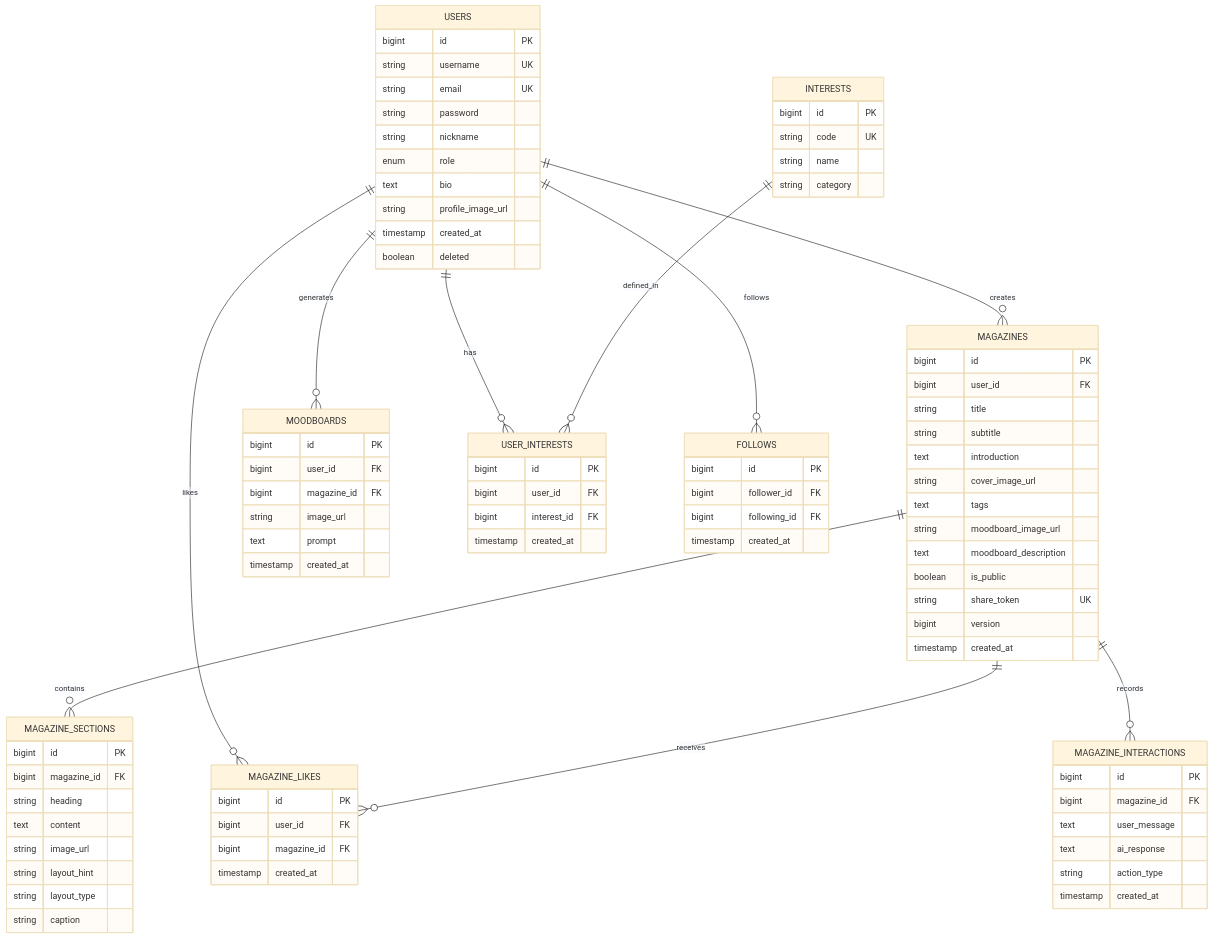
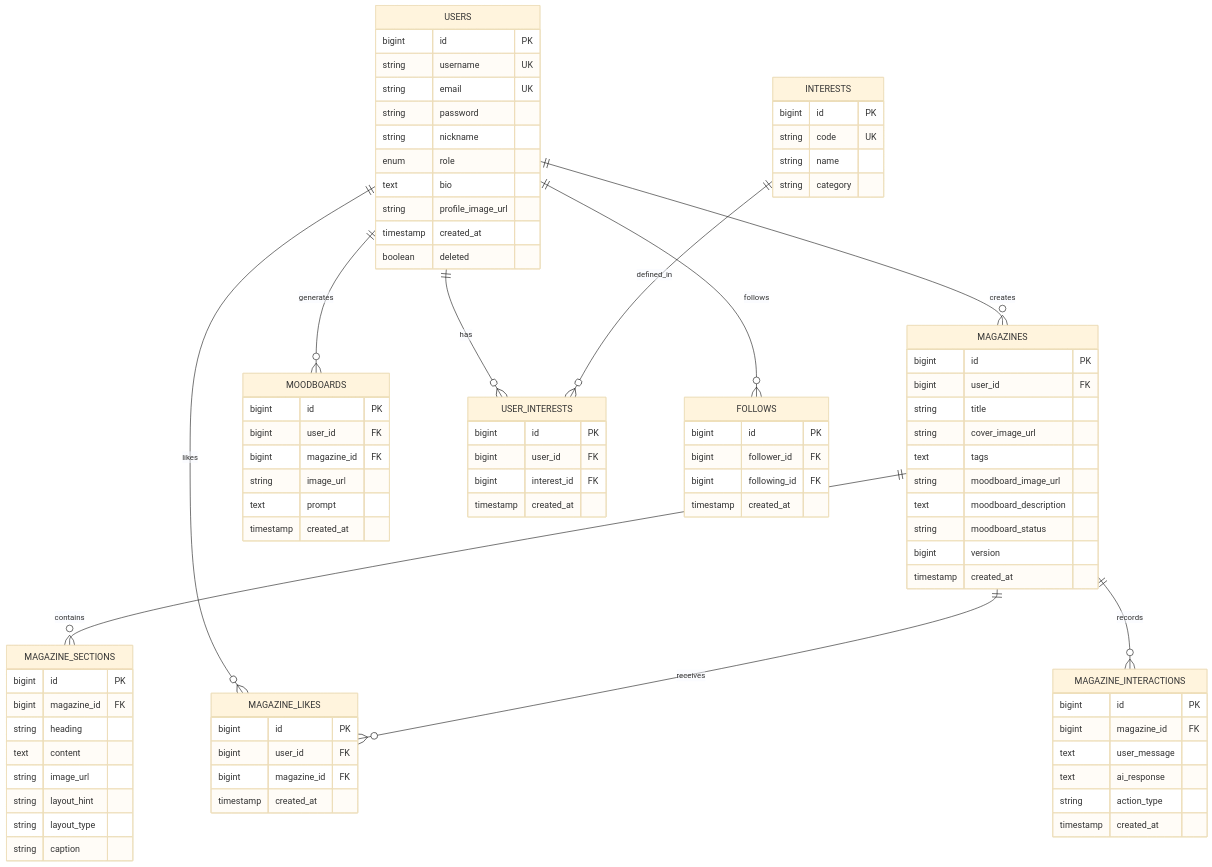
One commit to Jangjimin9766/Mine_server changed the second of 2 diagrams in README.md. Above: the diagram before and after it, drawn with Mermaid (base theme). The commit also changed other lines of this file and 29 other files, not shown here.

```diff
--- a/README.md
+++ b/README.md
@@ -485,14 +482,11 @@
         bigint id PK
         bigint user_id FK
         string title
-        string subtitle
-        text introduction
         string cover_image_url
         text tags
         string moodboard_image_url
         text moodboard_description
-        boolean is_public
-        string share_token UK
+        string moodboard_status
         bigint version
         timestamp created_at
     }
```
